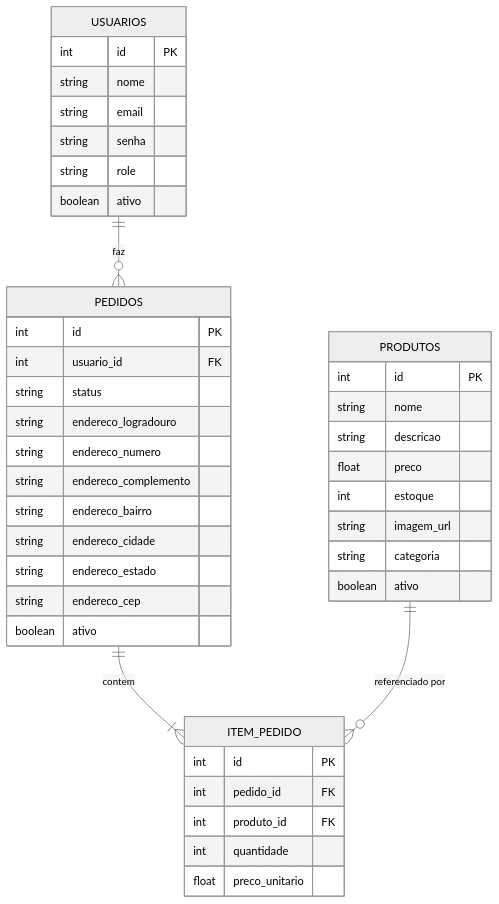
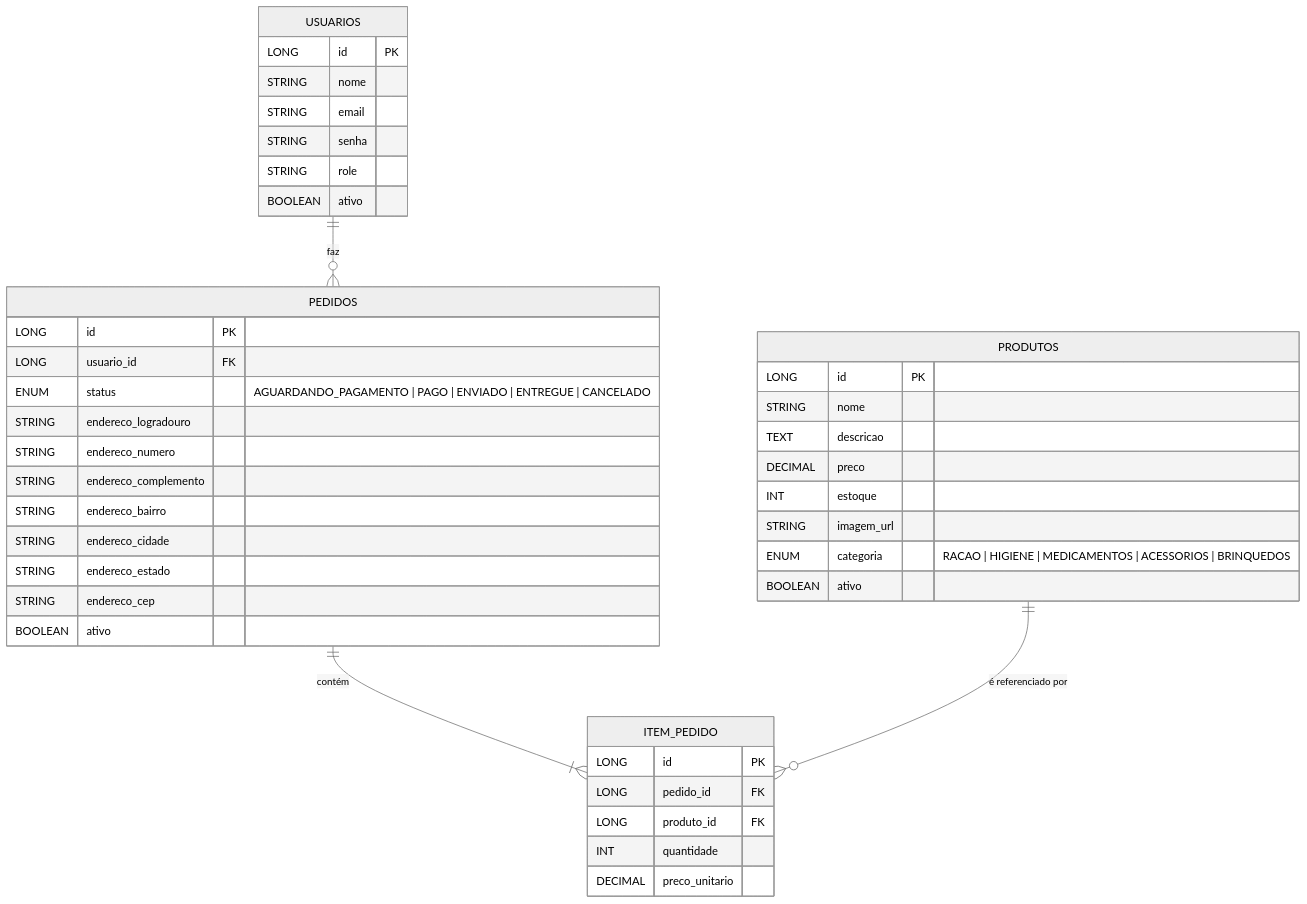
The first of 2 diagrams in README.md (AROLima/DomPet_backend), drawn with Mermaid (neutral theme) before and after one commit. The commit also changed other lines of this file, not shown here.

First line of the commit message:
docs(readme): atualiza README com JWT, estrutura por feature e diagramas Mermaid

````diff
--- a/README.md
+++ b/README.md
@@ -4,48 +90,48 @@
 ```mermaid
 erDiagram
   USUARIOS ||--o{ PEDIDOS : "faz"
-  PEDIDOS  ||--|{ ITEM_PEDIDO : "contem"
-  PRODUTOS ||--o{ ITEM_PEDIDO : "referenciado por"
+  PEDIDOS  ||--|{ ITEM_PEDIDO : "contém"
+  PRODUTOS ||--o{ ITEM_PEDIDO : "é referenciado por"
 
   USUARIOS {
-    int id PK
-    string nome
-    string email
-    string senha
-    string role
-    boolean ativo
+    LONG id PK
+    STRING nome
+    STRING email
+    STRING senha
+    STRING role
+    BOOLEAN ativo
   }
 
   PRODUTOS {
-    int id PK
-    string nome
-    string descricao
-    float preco
-    int estoque
-    string imagem_url
-    string categoria
-    boolean ativo
+    LONG id PK
+    STRING nome
+    TEXT  descricao
+    DECIMAL preco
+    INT   estoque
+    STRING imagem_url
+    ENUM  categoria   "RACAO | HIGIENE | MEDICAMENTOS | ACESSORIOS | BRINQUEDOS"
+    BOOLEAN ativo
   }
 
   PEDIDOS {
-    int id PK
-    int usuario_id FK
-    string status
-    string endereco_logradouro
-    string endereco_numero
-    string endereco_complemento
-    string endereco_bairro
-    string endereco_cidade
-    string endereco_estado
-    string endereco_cep
-    boolean ativo
+    LONG id PK
+    LONG usuario_id FK
+    ENUM status      "AGUARDANDO_PAGAMENTO | PAGO | ENVIADO | ENTREGUE | CANCELADO"
+    STRING endereco_logradouro
+    STRING endereco_numero
+    STRING endereco_complemento
+    STRING endereco_bairro
+    STRING endereco_cidade
+    STRING endereco_estado
+    STRING endereco_cep
+    BOOLEAN ativo
   }
 
   ITEM_PEDIDO {
-    int id PK
-    int pedido_id FK
-    int produto_id FK
-    int quantidade
-    float preco_unitario
+    LONG id PK
+    LONG pedido_id FK
+    LONG produto_id FK
+    INT  quantidade
+    DECIMAL preco_unitario
   }
 ```
````
